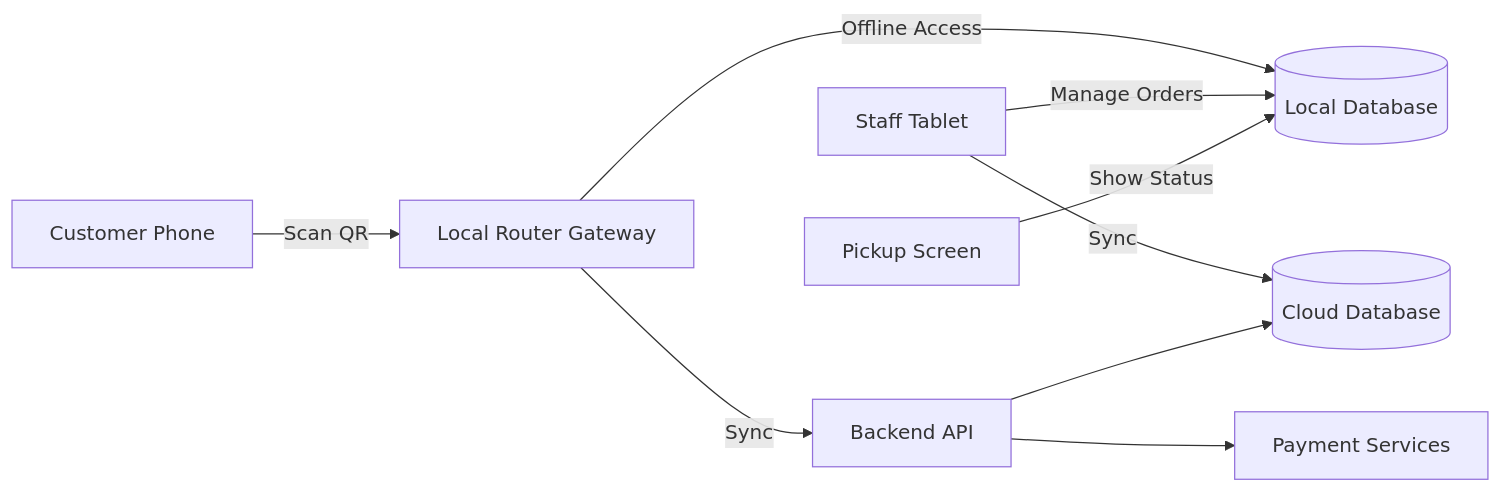
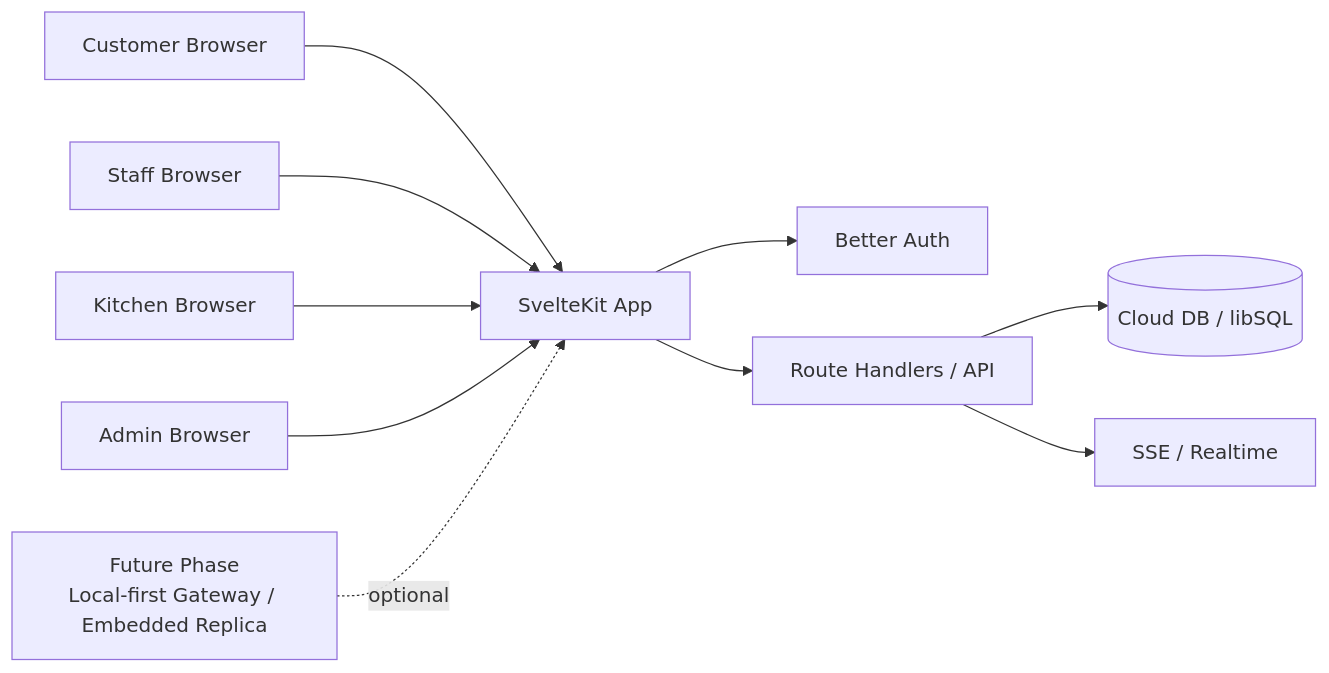
Before and after one commit to dolly450/orderly_docs: the diagram in architecture/system_architecture.md, drawn with Mermaid. The commit also changed other lines of this file and 12 other files, not shown here.

````diff
--- a/architecture/system_architecture.md
+++ b/architecture/system_architecture.md
@@ -4,25 +5,27 @@
 ```mermaid
 graph LR
 
-    Customer[Customer Phone]
-    Gateway[Local Router Gateway]
-    LocalDB[(Local Database)]
-    Staff[Staff Tablet]
-    Display[Pickup Screen]
+    Customer[Customer Browser]
+    Staff[Staff Browser]
+    Kitchen[Kitchen Browser]
+    Admin[Admin Browser]
 
-    API[Backend API]
-    CloudDB[(Cloud Database)]
-    Auth[Payment Services]
+    App[SvelteKit App]
+    Auth[Better Auth]
+    API[Route Handlers / API]
+    DB[(Cloud DB / libSQL)]
+    SSE[SSE / Realtime]
 
-    Customer -->|Scan QR| Gateway
-    Gateway -->|Offline Access| LocalDB
-    Gateway -->|Sync| API
+    Customer --> App
+    Staff --> App
+    Kitchen --> App
+    Admin --> App
 
-    Staff -->|Manage Orders| LocalDB
-    Staff -->|Sync| CloudDB
+    App --> Auth
+    App --> API
+    API --> DB
+    API --> SSE
 
-    Display -->|Show Status| LocalDB
-
-    API --> CloudDB
-    API --> Auth
+    Future[Future Phase\nLocal-first Gateway / Embedded Replica]
+    Future -. optional .-> App
 ```
````
